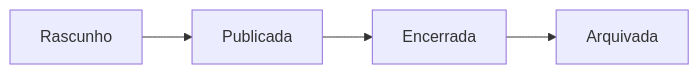
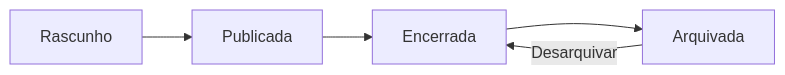
The first of 2 diagrams in 04-SRS/01-SRS-IEEE830.md (daniellobo-ops/requisitos-20262-grupo07), drawn with Mermaid before and after one commit. The commit also changed other lines of this file, not shown here.

````diff
--- a/04-SRS/01-SRS-IEEE830.md
+++ b/04-SRS/01-SRS-IEEE830.md
@@ -221,6 +221,7 @@
 ```mermaid
 flowchart LR
   R[Rascunho] --> P[Publicada]
   P --> E[Encerrada]
   E --> A[Arquivada]
+  A -->|Desarquivar| E
 ```
````
